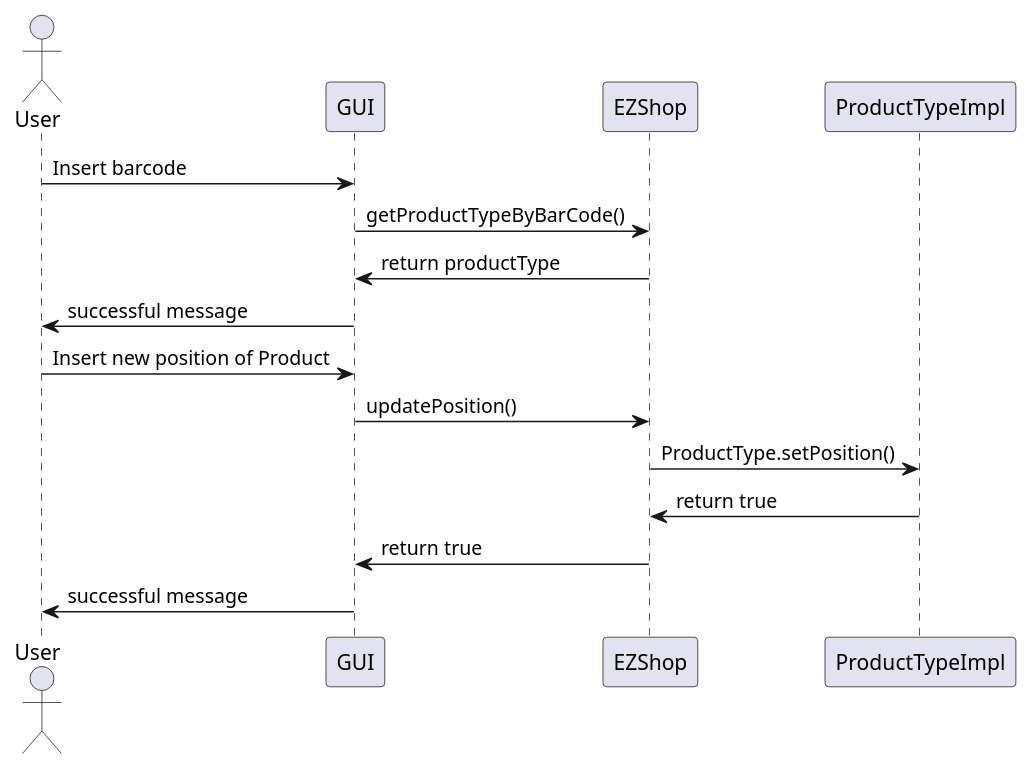
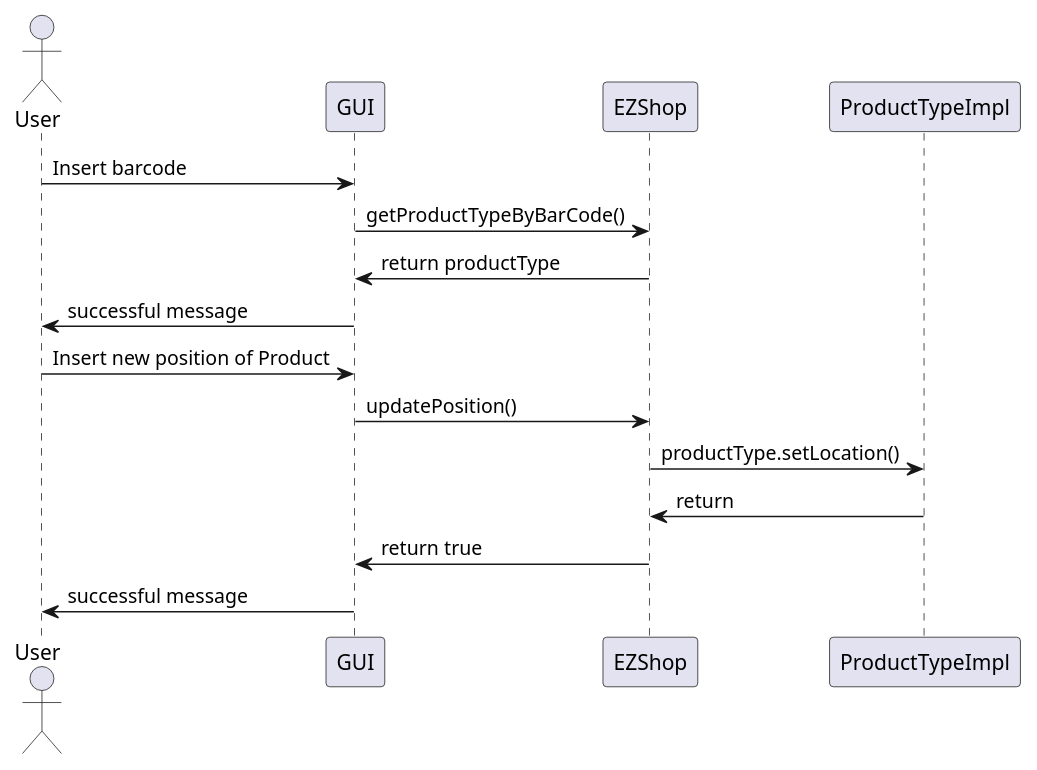
Before and after one commit to ThePiromaximus/ezshop: the sixth of 19 diagrams in Deliverables/DesignDocument.md, drawn with PlantUML. The commit also changed other lines of this file, not shown here.

````diff
--- a/Deliverables/DesignDocument.md
+++ b/Deliverables/DesignDocument.md
@@ -326,15 +326,15 @@
 ```plantuml
 @startuml
 actor User
 User -> GUI: Insert barcode
 GUI -> EZShop: getProductTypeByBarCode()
 GUI <- EZShop: return productType
 User <- GUI: successful message
 User -> GUI: Insert new position of Product
 GUI -> EZShop: updatePosition()
-EZShop -> ProductTypeImpl: ProductType.setPosition()
-EZShop <- ProductTypeImpl: return true
+EZShop -> ProductTypeImpl: productType.setLocation()
+EZShop <- ProductTypeImpl: return
 GUI <- EZShop: return true
 User <- GUI: successful message
 @enduml
 ```
````
